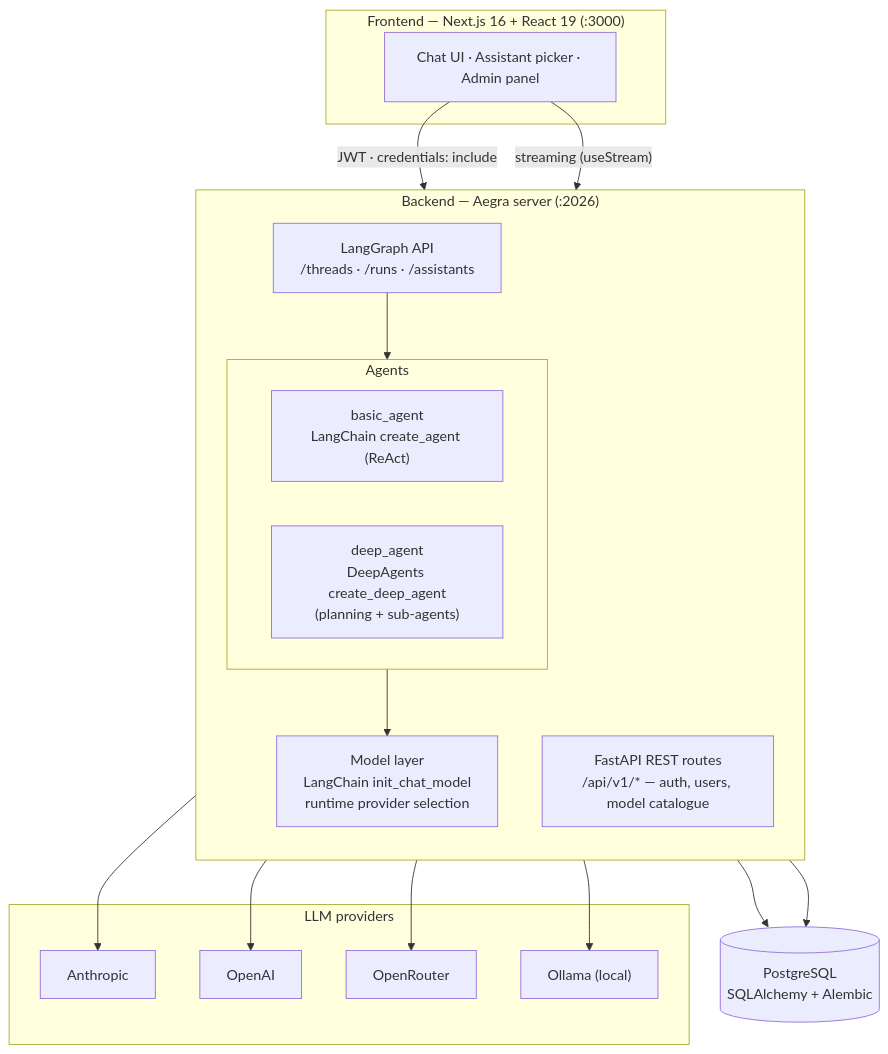
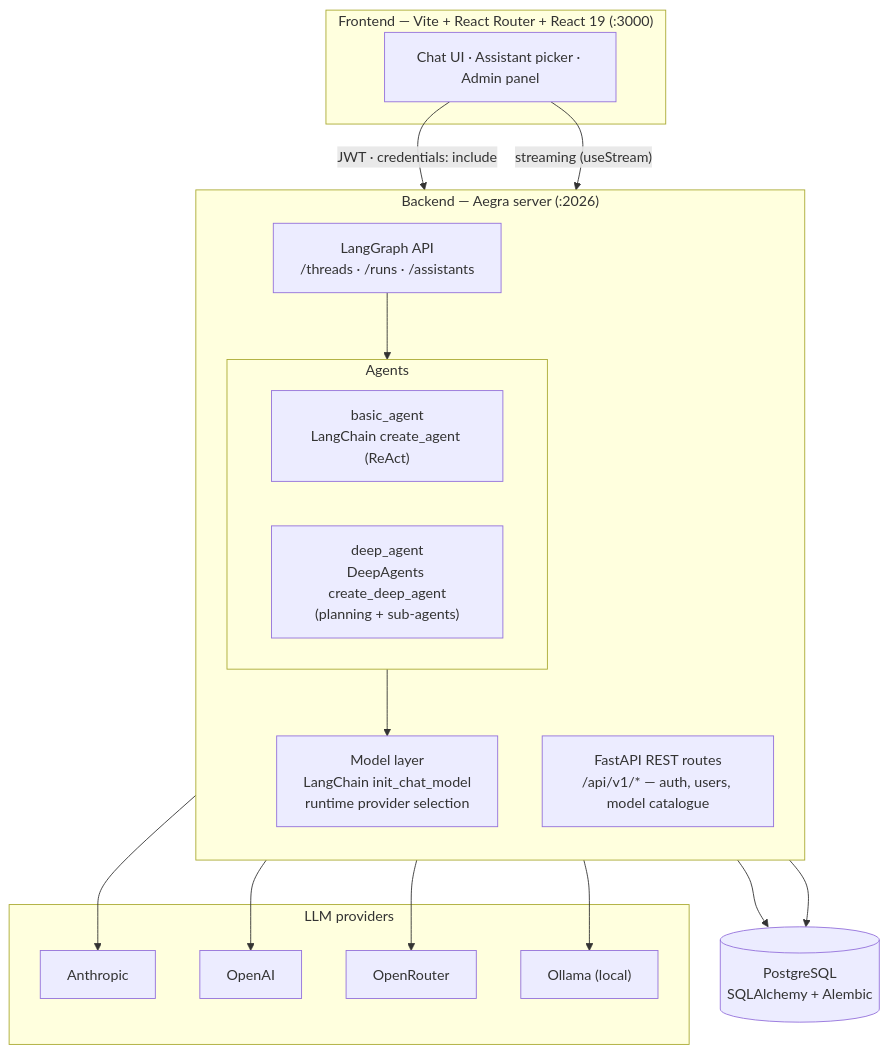
Before and after one commit to luizsimoesai/agents-project-template: the diagram in README.md, drawn with Mermaid. The commit also changed other lines of this file and 9 other files, not shown here.

Commit message:
chore(frontend): remove next.js and update docs

````diff
--- a/README.md
+++ b/README.md
@@ -39,40 +39,40 @@
 ```mermaid
 flowchart TB
-    subgraph Client["Frontend — Next.js 16 + React 19 (:3000)"]
+    subgraph Client["Frontend — Vite + React Router + React 19 (:3000)"]
         UI["Chat UI · Assistant picker · Admin panel"]
     end
 
     subgraph Server["Backend — Aegra server (:2026)"]
         direction TB
         REST["FastAPI REST routes<br/>/api/v1/* — auth, users, model catalogue"]
         LG["LangGraph API<br/>/threads · /runs · /assistants"]
 
         subgraph Agents["Agents"]
             direction LR
             BASIC["basic_agent<br/>LangChain create_agent (ReAct)"]
             DEEP["deep_agent<br/>DeepAgents create_deep_agent<br/>(planning + sub-agents)"]
         end
 
         MODEL["Model layer<br/>LangChain init_chat_model<br/>runtime provider selection"]
     end
 
     subgraph Providers["LLM providers"]
         ANTH["Anthropic"]
         OAI["OpenAI"]
         OR["OpenRouter"]
         OLL["Ollama (local)"]
     end
 
     DB[("PostgreSQL<br/>SQLAlchemy + Alembic")]
 
     UI -->|"JWT · credentials: include"| REST
     UI -->|"streaming (useStream)"| LG
     LG --> Agents
     Agents --> MODEL
     MODEL --> ANTH
     MODEL --> OAI
     MODEL --> OR
     MODEL --> OLL
     REST --> DB
     LG --> DB
 ```
````
